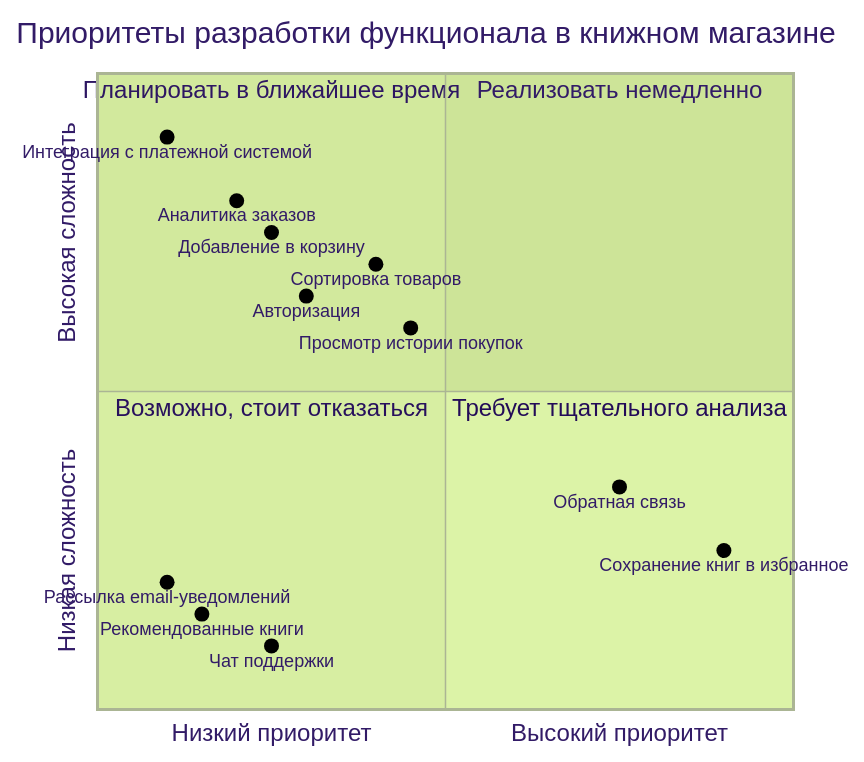
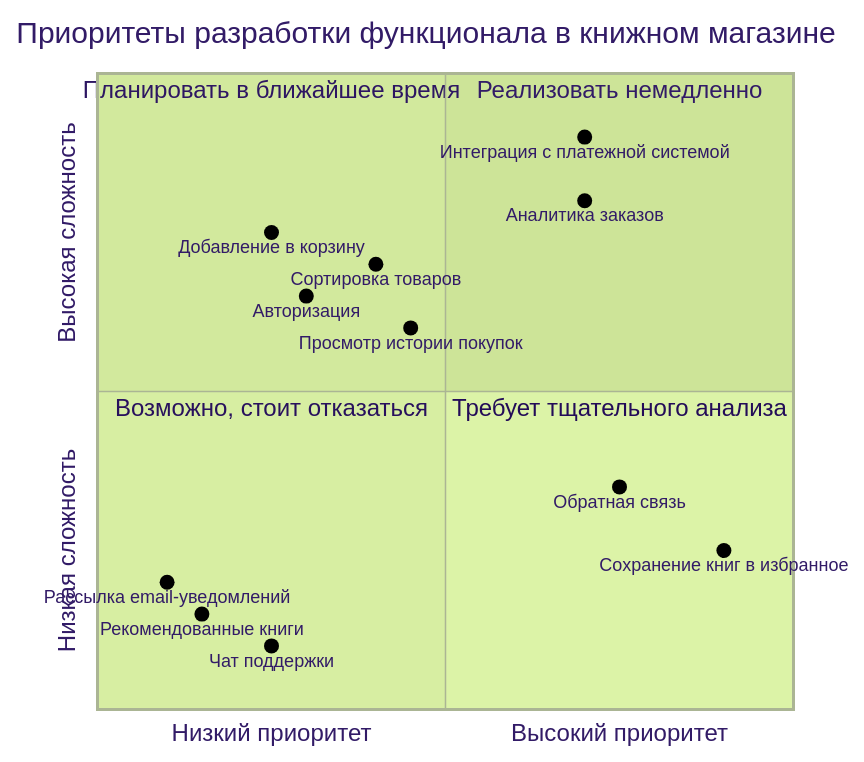
Before and after one commit to akneshoot/ShopWeb: the third of 3 diagrams in README.md, drawn with Mermaid (forest theme).

````diff
--- a/README.md
+++ b/README.md
@@ -79,23 +79,23 @@
 ```mermaid
 quadrantChart
     title Приоритеты разработки функционала в книжном магазине
     x-axis "Низкий приоритет" --> "Высокий приоритет"
     y-axis "Низкая сложность" --> "Высокая сложность"
     quadrant-1 "Реализовать немедленно"
     quadrant-2 "Планировать в ближайшее время"
     quadrant-3 "Возможно, стоит отказаться"
     quadrant-4 "Требует тщательного анализа"
     "Чат поддержки": [0.25, 0.10]
     "Обратная связь": [0.75, 0.35]
     "Просмотр истории покупок": [0.45, 0.60]
-    "Аналитика заказов": [0.20, 0.80]
-    "Интеграция с платежной системой": [0.10, 0.90]
+    "Аналитика заказов": [0.70, 0.80]
+    "Интеграция с платежной системой": [0.70, 0.90]
     "Добавление в корзину": [0.25, 0.75]
     "Авторизация": [0.30, 0.65]
     "Сортировка товаров": [0.40, 0.70]
     "Рекомендованные книги": [0.15, 0.15]
     "Сохранение книг в избранное": [0.90, 0.25]
     "Рассылка email-уведомлений": [0.10, 0.20]
 
 
 ```
````
